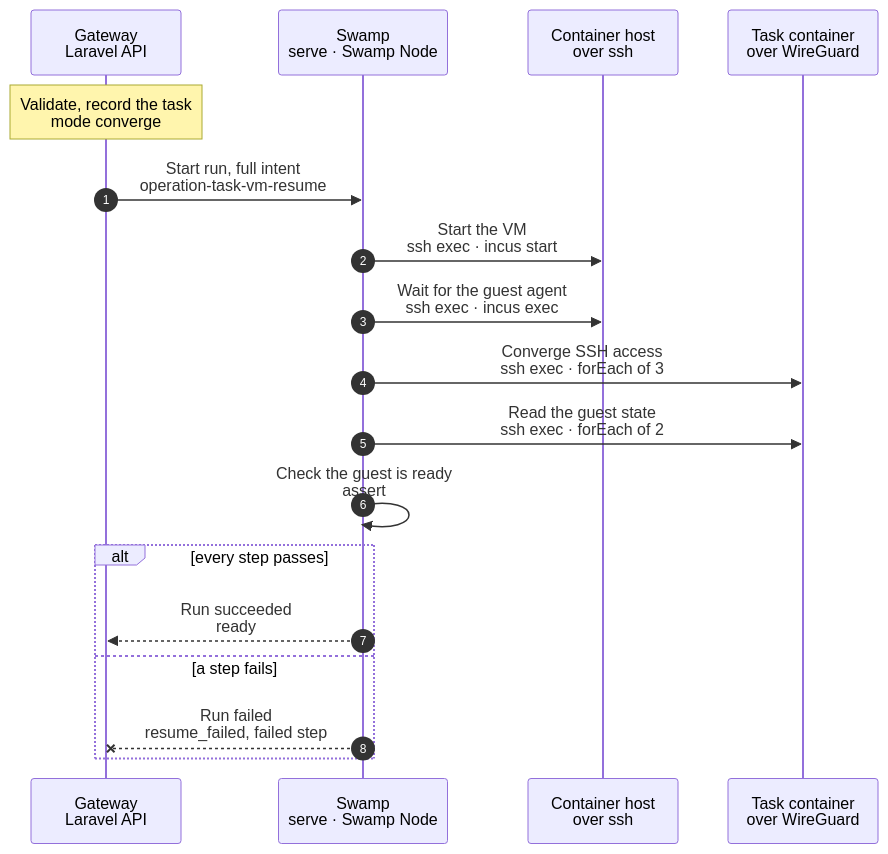
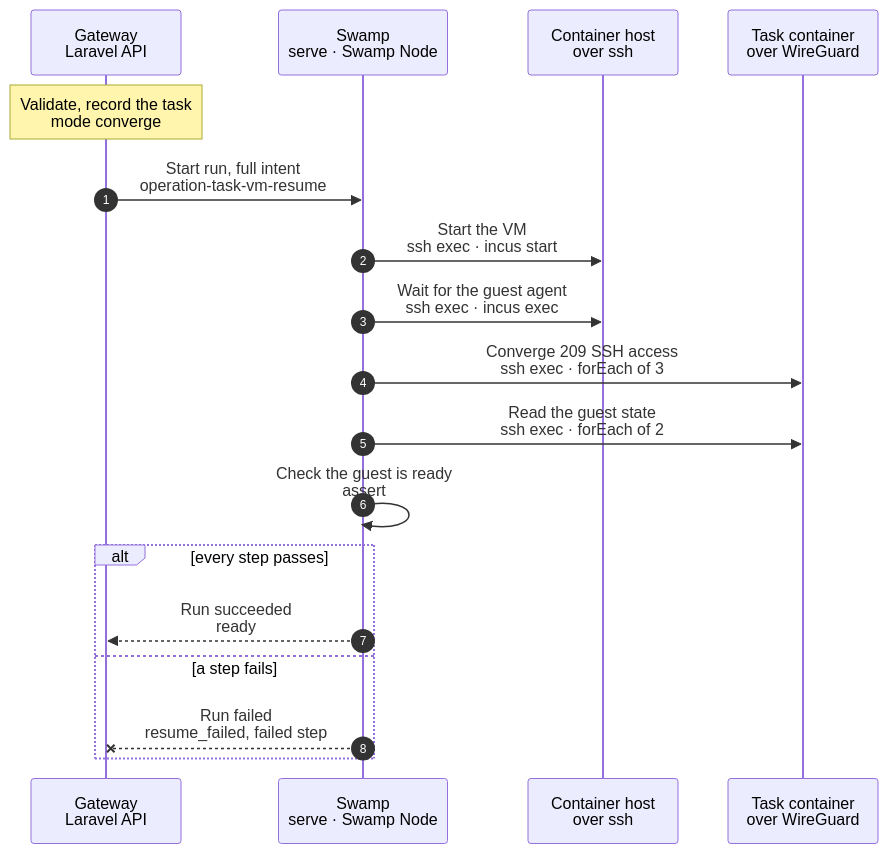
The diagram in docs/cli/task/container/resume.mmd (hardimpactdev/orbit), drawn with Mermaid before and after one commit. The commit also changed 7 other files, not shown here.

```diff
--- a/docs/cli/task/container/resume.mmd
+++ b/docs/cli/task/container/resume.mmd
@@ -1,40 +1,40 @@
 sequenceDiagram
   %% Target design, container runtime (ADR 0250 step 3, docs/reference/task-containers.md): a task container is never parked. A workspace operation that finds a `ready` container stopped, for example after a host reboot that did not autostart it, starts it again through the resume run. The workflow and step names stay those of docs/cli/task/vm-resume.mmd; the intent carries `runtime: container`.
   %% status: draft
   %% command: none · a workspace operation wakes the container
   %% kind: task_vm.resume
   autonumber
   %% lane GW icon=gateway pill=intent tone=blue
   %% lane SW icon=workflow pill=executes tone=green
   %% lane H icon=server pill=target tone=amber
   %% lane TC icon=server pill=target tone=purple
   participant GW as Gateway<br/>Laravel API
   participant SW as Swamp<br/>serve · Swamp Node
   participant H as Container host<br/>over ssh
   participant TC as Task container<br/>over WireGuard
   Note over GW: Validate, record the task<br/>mode converge
   %%> Started by:
   %%> - `WakeTaskVmAction`, when a workspace operation finds a `ready` container stopped
   %%> Requirements:
   %%> - the row is `ready` and records `runtime: container`; a container row is never `parked`, so only the mode `converge` applies
   GW->>SW: Start run, full intent<br/>operation-task-vm-resume
   SW->>H: Start the VM<br/>ssh exec · incus start
   %%> How:
   %%> - `incus start` in the container project; a container that runs counts as started
   SW->>H: Wait for the guest agent<br/>ssh exec · incus exec
   %%> How, for a container:
   %%> - a container has no Incus agent, so the step runs `incus exec … systemctl is-system-running --wait` under `timeout 70`; `degraded` passes, the next steps decide
-  SW->>TC: Converge SSH access<br/>ssh exec · forEach of 3
+  SW->>TC: Converge 209 SSH access<br/>ssh exec · forEach of 3
   %%> What it does:
   %%> - the Swamp Node's authorized key, its TCP 22 rule and `sshd`, as for a `ready` VM
   SW->>TC: Read the guest state<br/>ssh exec · forEach of 2
   %%> What it does:
   %%> - `orbit-agent` is active, and the Pi answers with its token
   SW->>SW: Check the guest is ready<br/>assert
   alt every step passes
     SW-->>GW: Run succeeded<br/>ready
   else a step fails
     SW--xGW: Run failed<br/>resume_failed, failed step
     %%> Retry:
     %%> - the row becomes `failed`; the group asks for assistance, and `task:cancel` releases the container
   end
```
